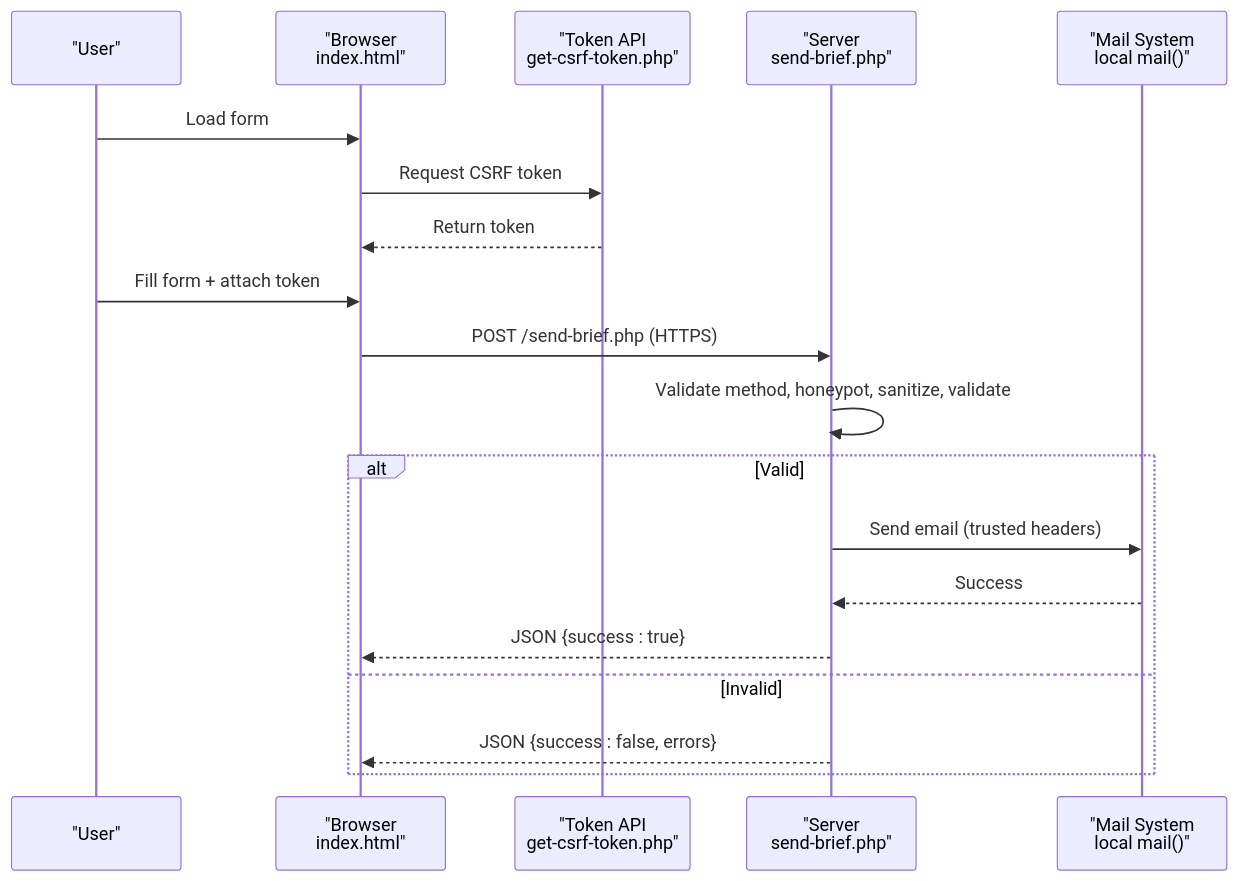
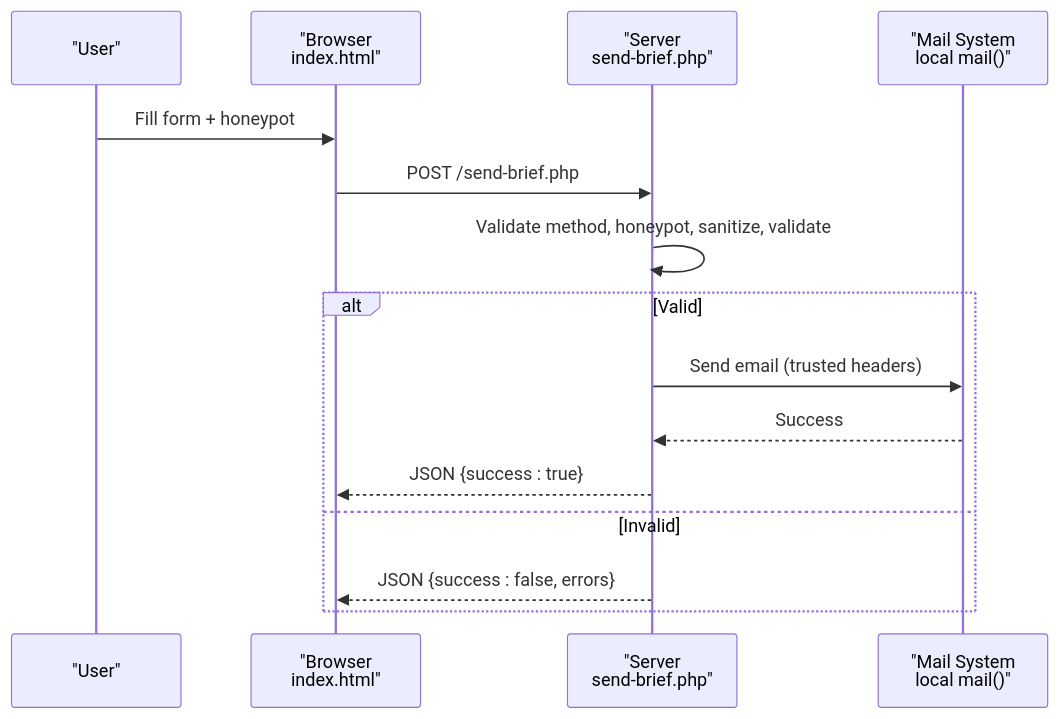
The second of 6 diagrams in .qoder/repowiki/en/content/Security Implementation.md (Vostrikov2014/emoo), drawn with Mermaid before and after one commit. The commit also changed other lines of this file and 4 other files, not shown here.

````diff
--- a/.qoder/repowiki/en/content/Security Implementation.md
+++ b/.qoder/repowiki/en/content/Security Implementation.md
@@ -72,21 +75,17 @@
 ```mermaid
 sequenceDiagram
 participant U as "User"
 participant B as "Browser<br/>index.html"
-participant T as "Token API<br/>get-csrf-token.php"
 participant S as "Server<br/>send-brief.php"
 participant M as "Mail System<br/>local mail()"
-U->>B : Load form
-B->>T : Request CSRF token
-T-->>B : Return token
-U->>B : Fill form + attach token
-B->>S : POST /send-brief.php (HTTPS)
+U->>B : Fill form + honeypot
+B->>S : POST /send-brief.php
 S->>S : Validate method, honeypot, sanitize, validate
 alt Valid
 S->>M : Send email (trusted headers)
 M-->>S : Success
 S-->>B : JSON {success : true}
 else Invalid
 S-->>B : JSON {success : false, errors}
 end
 ```
````
